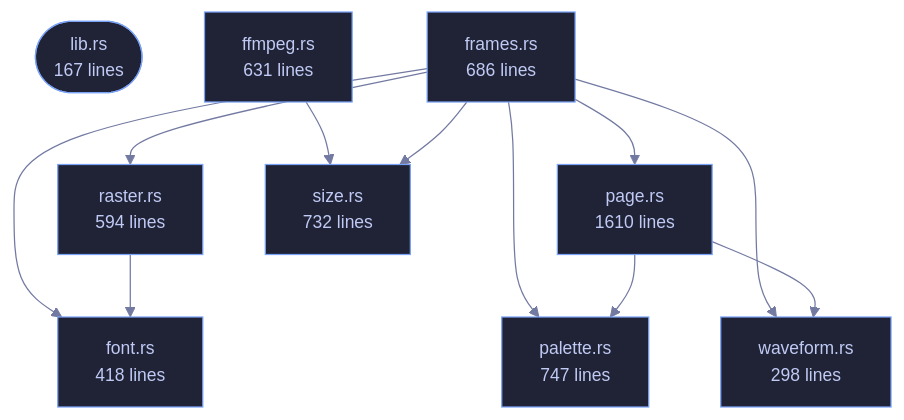
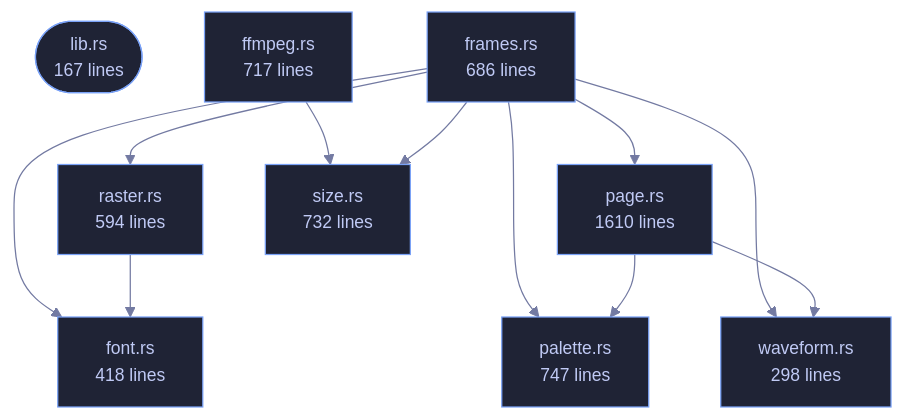
Before and after one commit to tilas01/veilvoice: the diagram in crates/veilvoice-video/README.md, drawn with Mermaid. The commit also changed other lines of this file and 18 other files, not shown here.

````diff
--- a/crates/veilvoice-video/README.md
+++ b/crates/veilvoice-video/README.md
@@ -90,32 +90,32 @@
 ```mermaid
 %%{init: {"theme":"base","themeVariables":{"background":"#1a1b26","primaryColor":"#1f2335","primaryTextColor":"#c0caf5","primaryBorderColor":"#7aa2f7","secondaryColor":"#16161e","tertiaryColor":"#16161e","lineColor":"#737aa2","textColor":"#c0caf5","mainBkg":"#1f2335","nodeBorder":"#7aa2f7","clusterBkg":"#16161e","clusterBorder":"#2f3549","fontFamily":"ui-monospace, SFMono-Regular, Consolas, monospace","fontSize":"14px"}}}%%
 flowchart TD
     n_lib(["lib.rs<br/>167 lines"])
-    n_ffmpeg["ffmpeg.rs<br/>631 lines"]
+    n_ffmpeg["ffmpeg.rs<br/>717 lines"]
     n_font["font.rs<br/>418 lines"]
     n_frames["frames.rs<br/>686 lines"]
     n_page["page.rs<br/>1610 lines"]
     n_palette["palette.rs<br/>747 lines"]
     n_raster["raster.rs<br/>594 lines"]
     n_size["size.rs<br/>732 lines"]
     n_waveform["waveform.rs<br/>298 lines"]
     n_ffmpeg --> n_size
     n_frames --> n_font
     n_frames --> n_page
     n_frames --> n_palette
     n_frames --> n_raster
     n_frames --> n_size
     n_frames --> n_waveform
     n_page --> n_palette
     n_page --> n_waveform
     n_raster --> n_font
     click n_lib href "https://github.com/tilas01/veilvoice/blob/main/crates/veilvoice-video/src/lib.rs" "open the source"
     click n_ffmpeg href "https://github.com/tilas01/veilvoice/blob/main/crates/veilvoice-video/src/ffmpeg.rs" "open the source"
     click n_font href "https://github.com/tilas01/veilvoice/blob/main/crates/veilvoice-video/src/font.rs" "open the source"
     click n_frames href "https://github.com/tilas01/veilvoice/blob/main/crates/veilvoice-video/src/frames.rs" "open the source"
     click n_page href "https://github.com/tilas01/veilvoice/blob/main/crates/veilvoice-video/src/page.rs" "open the source"
     click n_palette href "https://github.com/tilas01/veilvoice/blob/main/crates/veilvoice-video/src/palette.rs" "open the source"
     click n_raster href "https://github.com/tilas01/veilvoice/blob/main/crates/veilvoice-video/src/raster.rs" "open the source"
     click n_size href "https://github.com/tilas01/veilvoice/blob/main/crates/veilvoice-video/src/size.rs" "open the source"
     click n_waveform href "https://github.com/tilas01/veilvoice/blob/main/crates/veilvoice-video/src/waveform.rs" "open the source"
 ```
````
